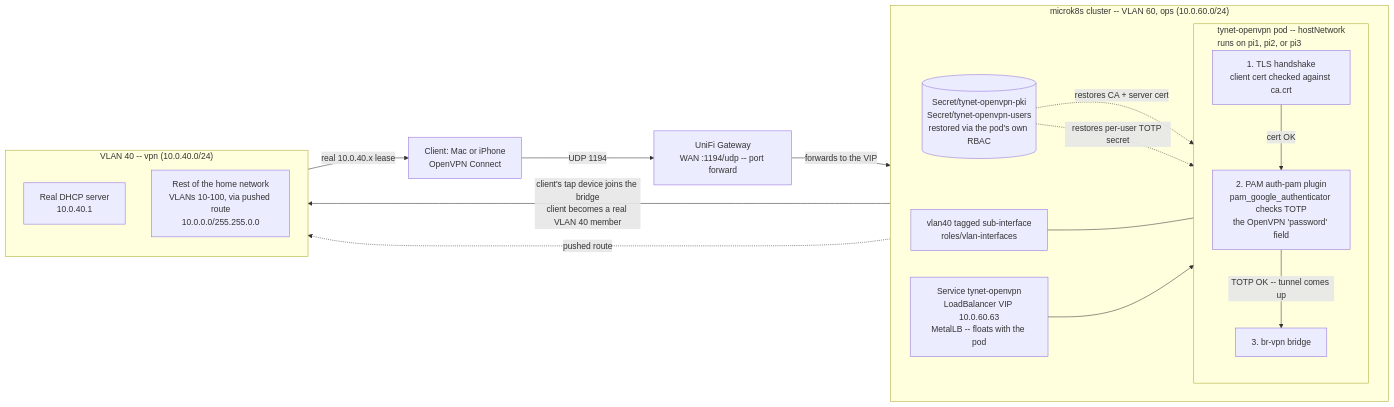
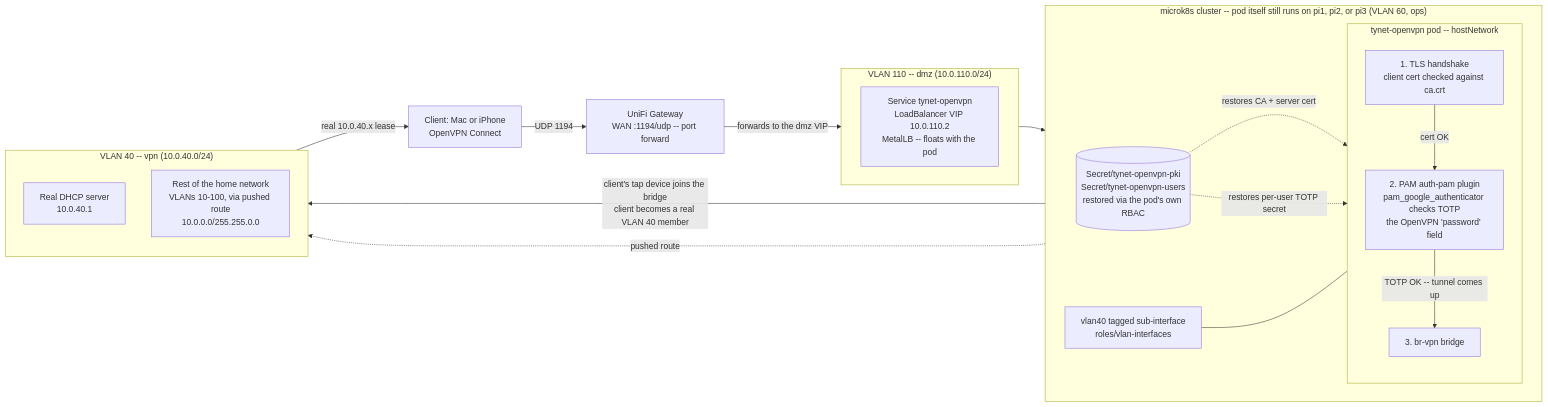
Before and after one commit to tya/tynet-openvpn: the diagram in README.md, drawn with Mermaid. The commit also changed other lines of this file and 1 other file, not shown here.

First line of the commit message:
Move the Service VIP onto the new dmz VLAN (110)

````diff
--- a/README.md
+++ b/README.md
@@ -41,37 +41,40 @@
 ```mermaid
 flowchart LR
     client["Client: Mac or iPhone<br/>OpenVPN Connect"]
     gw["UniFi Gateway<br/>WAN :1194/udp -- port forward"]
 
-    subgraph cluster["microk8s cluster -- VLAN 60, ops (10.0.60.0/24)"]
+    subgraph dmzzone["VLAN 110 -- dmz (10.0.110.0/24)"]
         direction LR
-        vip["Service tynet-openvpn<br/>LoadBalancer VIP 10.0.60.63<br/>MetalLB -- floats with the pod"]
+        vip["Service tynet-openvpn<br/>LoadBalancer VIP 10.0.110.2<br/>MetalLB -- floats with the pod"]
+    end
 
-        subgraph pod["tynet-openvpn pod -- hostNetwork<br/>runs on pi1, pi2, or pi3"]
+    subgraph cluster["microk8s cluster -- pod itself still runs on pi1, pi2, or pi3 (VLAN 60, ops)"]
+        direction LR
+        subgraph pod["tynet-openvpn pod -- hostNetwork"]
             direction TB
             tls["1. TLS handshake<br/>client cert checked against ca.crt"]
             pam["2. PAM auth-pam plugin<br/>pam_google_authenticator checks TOTP<br/>the OpenVPN 'password' field"]
             bridge["3. br-vpn bridge"]
             tls -->|"cert OK"| pam
             pam -->|"TOTP OK -- tunnel comes up"| bridge
         end
 
         secrets[("Secret/tynet-openvpn-pki<br/>Secret/tynet-openvpn-users<br/>restored via the pod's own RBAC")]
         vlanif["vlan40 tagged sub-interface<br/>roles/vlan-interfaces"]
 
         secrets -.->|"restores CA + server cert"| tls
         secrets -.->|"restores per-user TOTP secret"| pam
         vlanif --- bridge
     end
 
     subgraph homevlan["VLAN 40 -- vpn (10.0.40.0/24)"]
         direction TB
         dhcp["Real DHCP server<br/>10.0.40.1"]
         rest["Rest of the home network<br/>VLANs 10-100, via pushed route<br/>10.0.0.0/255.255.0.0"]
     end
 
-    client -->|"UDP 1194"| gw -->|"forwards to the VIP"| vip --> tls
+    client -->|"UDP 1194"| gw -->|"forwards to the dmz VIP"| vip --> tls
     bridge -->|"client's tap device joins the bridge<br/>client becomes a real VLAN 40 member"| dhcp
     dhcp -->|"real 10.0.40.x lease"| client
     bridge -.->|"pushed route"| rest
 ```
````
